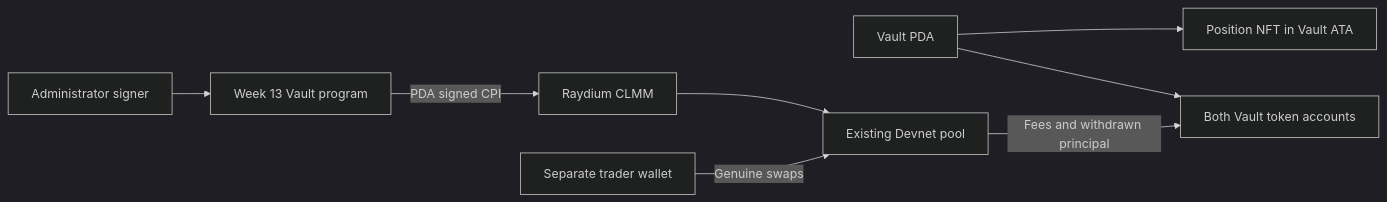
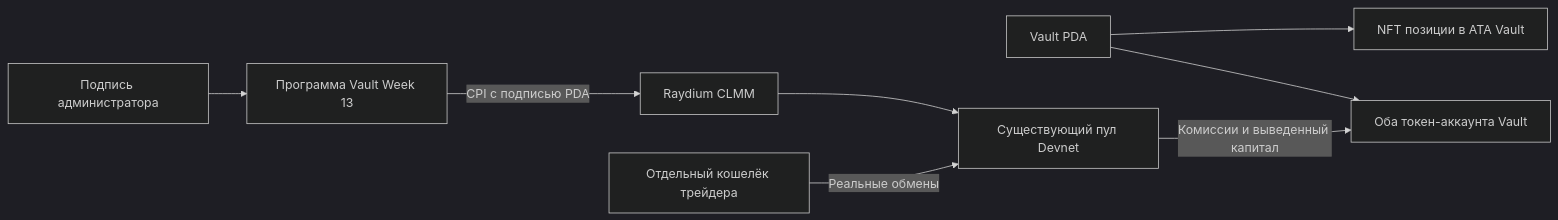
Before and after one commit to hotsouse/solana-vault-assignment: the diagram in README.md, drawn with Mermaid (dark theme). The commit also changed other lines of this file, not shown here.

Commit message:
Translate Week 13 README into Russian

````diff
--- a/README.md
+++ b/README.md
@@ -28,10 +28,10 @@
 ```mermaid
 flowchart LR
-    Admin[Administrator signer] --> Program[Week 13 Vault program]
-    Program -->|PDA signed CPI| Raydium[Raydium CLMM]
-    Vault[Vault PDA] --> NFT[Position NFT in Vault ATA]
-    Vault --> Tokens[Both Vault token accounts]
-    Raydium --> Pool[Existing Devnet pool]
-    Trader[Separate trader wallet] -->|Genuine swaps| Pool
-    Pool -->|Fees and withdrawn principal| Tokens
+    Admin[Подпись администратора] --> Program[Программа Vault Week 13]
+    Program -->|CPI с подписью PDA| Raydium[Raydium CLMM]
+    Vault[Vault PDA] --> NFT[NFT позиции в ATA Vault]
+    Vault --> Tokens[Оба токен-аккаунта Vault]
+    Raydium --> Pool[Существующий пул Devnet]
+    Trader[Отдельный кошелёк трейдера] -->|Реальные обмены| Pool
+    Pool -->|Комиссии и выведенный капитал| Tokens
 ```
````
